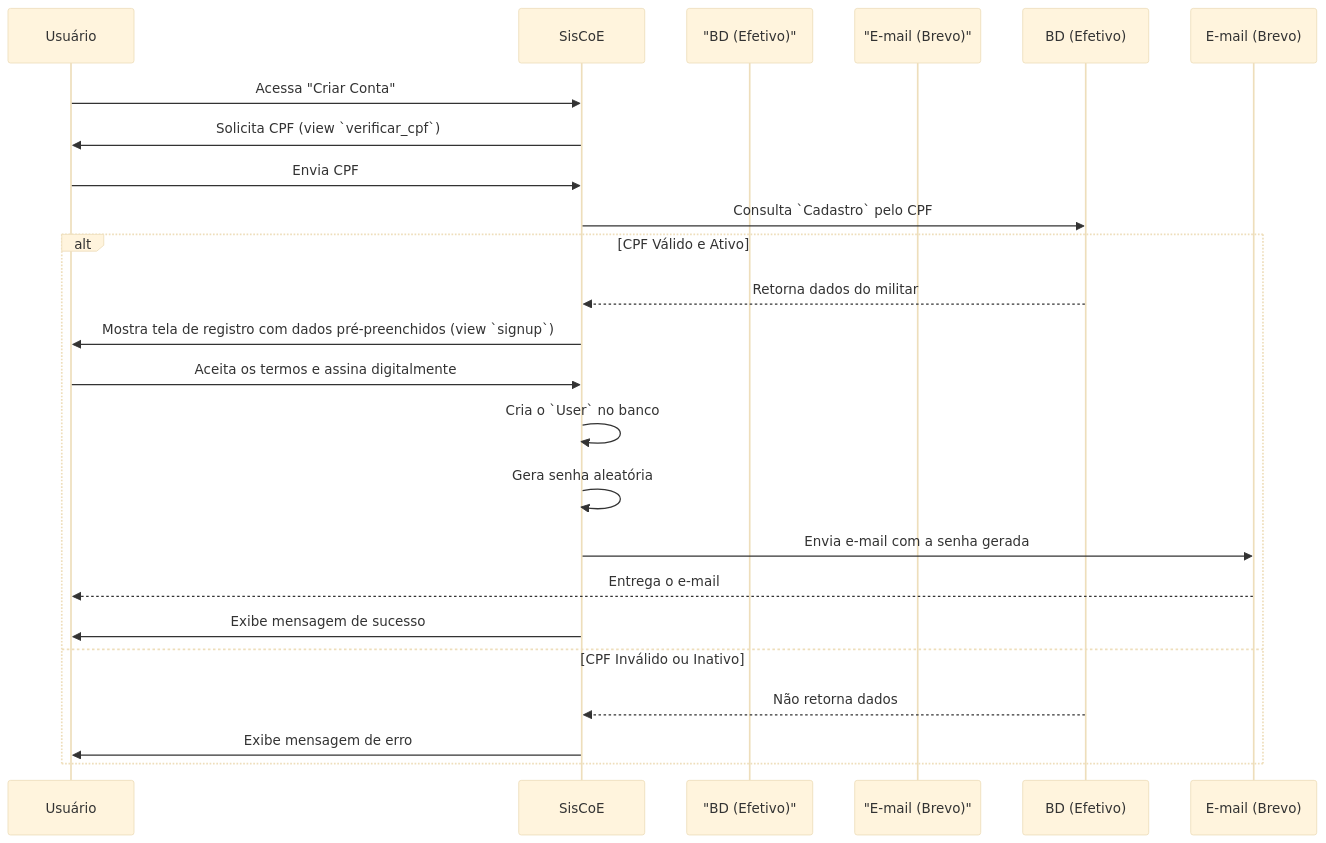
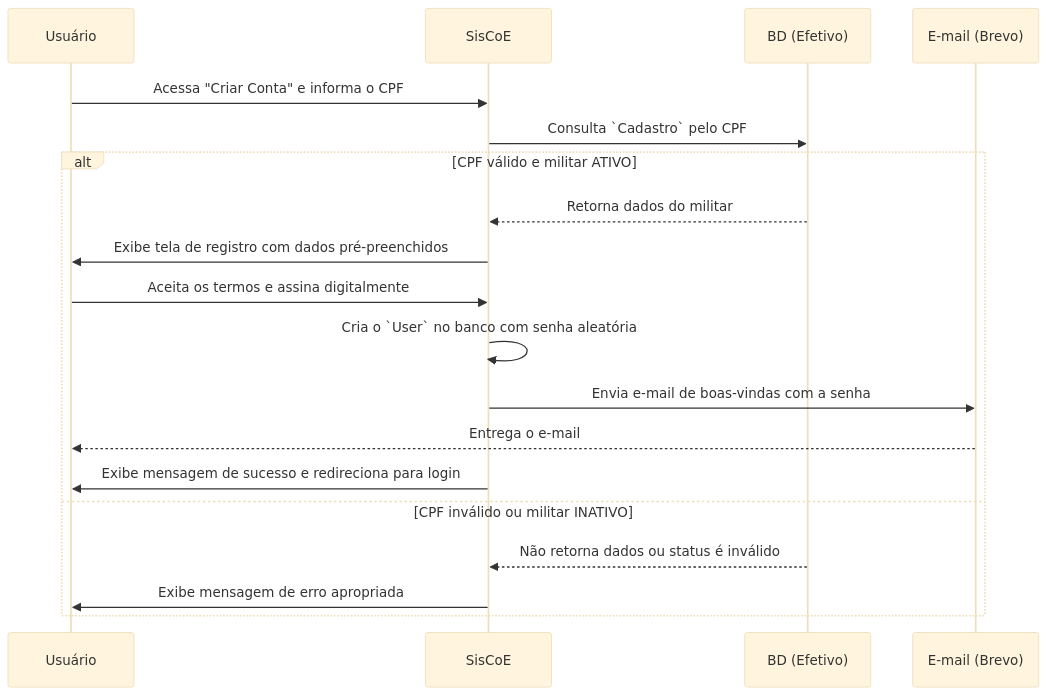
Before and after one commit to Andre-fdias/SisCoE: the third of 3 diagrams in docs/apps/accounts.md, drawn with Mermaid (base theme). The commit also changed other lines of this file and 17 other files, not shown here.

````diff
--- a/docs/apps/accounts.md
+++ b/docs/apps/accounts.md
@@ -52,25 +90,23 @@
 ```mermaid
 sequenceDiagram
-    participant Usuário
-    participant SisCoE
-    participant "BD (Efetivo)"
-    participant "E-mail (Brevo)"
+    participant U as Usuário
+    participant S as SisCoE
+    participant DB_Efetivo as BD (Efetivo)
+    participant Email_Svc as E-mail (Brevo)
 
-    Usuário->>SisCoE: Acessa "Criar Conta"
-    SisCoE->>Usuário: Solicita CPF (view `verificar_cpf`)
-    Usuário->>SisCoE: Envia CPF
-    SisCoE->>BD (Efetivo): Consulta `Cadastro` pelo CPF
-    alt CPF Válido e Ativo
-        BD (Efetivo)-->>SisCoE: Retorna dados do militar
-        SisCoE->>Usuário: Mostra tela de registro com dados pré-preenchidos (view `signup`)
-        Usuário->>SisCoE: Aceita os termos e assina digitalmente
-        SisCoE->>SisCoE: Cria o `User` no banco
-        SisCoE->>SisCoE: Gera senha aleatória
-        SisCoE->>E-mail (Brevo): Envia e-mail com a senha gerada
-        E-mail (Brevo)-->>Usuário: Entrega o e-mail
-        SisCoE->>Usuário: Exibe mensagem de sucesso
-    else CPF Inválido ou Inativo
-        BD (Efetivo)-->>SisCoE: Não retorna dados
-        SisCoE->>Usuário: Exibe mensagem de erro
+    U->>S: Acessa "Criar Conta" e informa o CPF
+    S->>DB_Efetivo: Consulta `Cadastro` pelo CPF
+    
+    alt CPF válido e militar ATIVO
+        DB_Efetivo-->>S: Retorna dados do militar
+        S->>U: Exibe tela de registro com dados pré-preenchidos
+        U->>S: Aceita os termos e assina digitalmente
+        S->>S: Cria o `User` no banco com senha aleatória
+        S->>Email_Svc: Envia e-mail de boas-vindas com a senha
+        Email_Svc-->>U: Entrega o e-mail
+        S->>U: Exibe mensagem de sucesso e redireciona para login
+    else CPF inválido ou militar INATIVO
+        DB_Efetivo-->>S: Não retorna dados ou status é inválido
+        S->>U: Exibe mensagem de erro apropriada
     end
 ```
````
